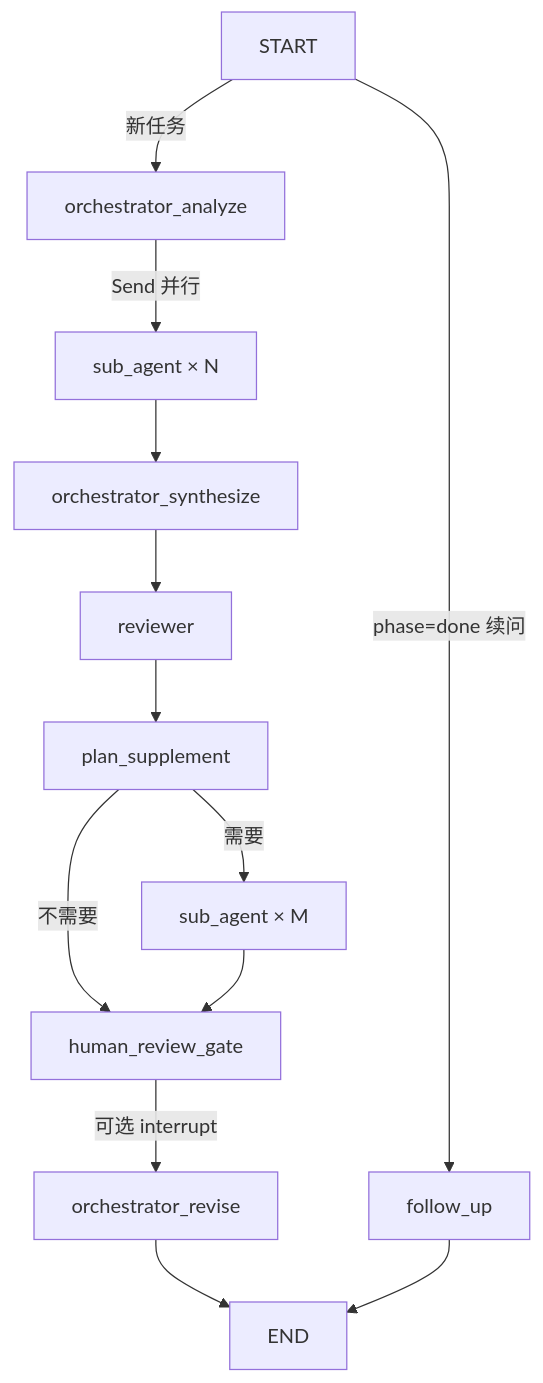
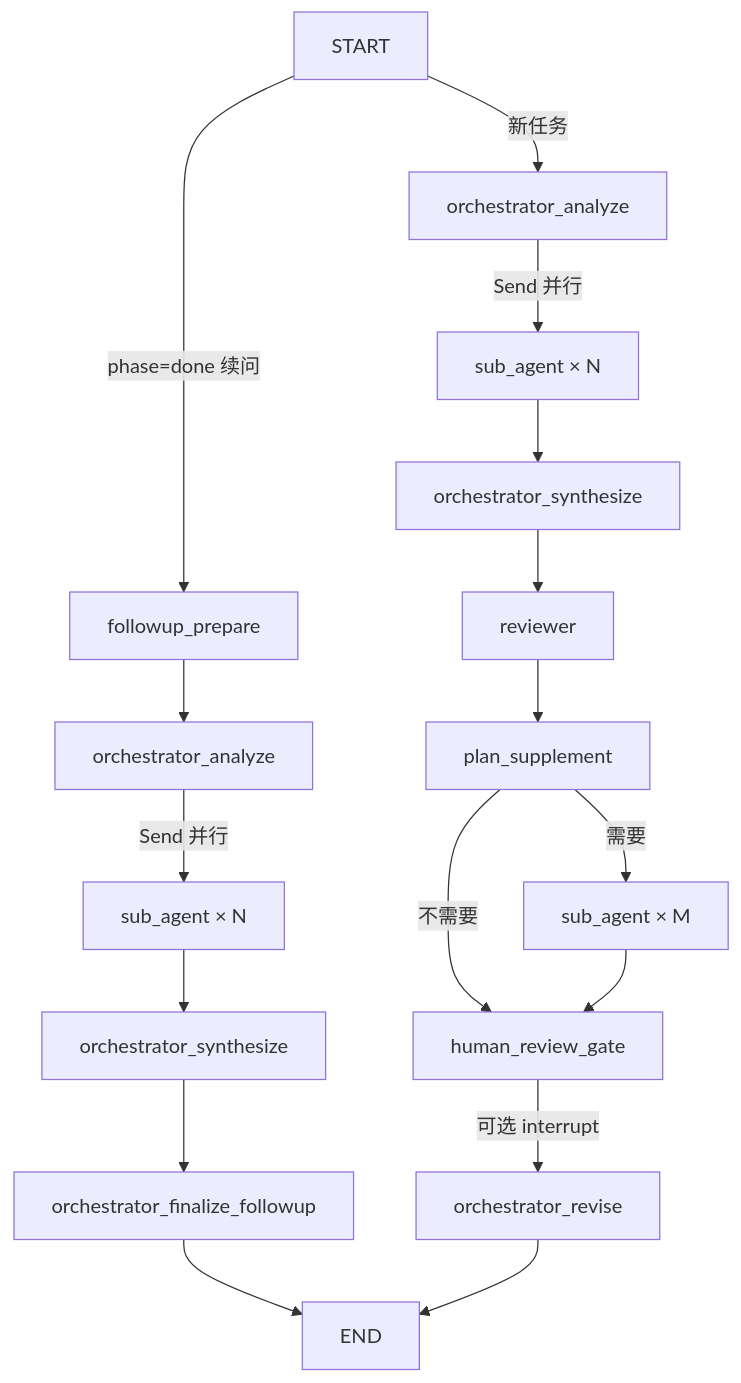
One commit to Laniccc/LangAgentStudy_A changed the diagram in docs/语音鉴伪研究工作流.md. Above: the diagram before and after it, drawn with Mermaid. The commit also changed other lines of this file and 18 other files, not shown here.

Commit message:
重构项目代码，更换v4-pro，更改图结构

````diff
--- a/docs/语音鉴伪研究工作流.md
+++ b/docs/语音鉴伪研究工作流.md
@@ -19,15 +19,19 @@
 ```mermaid
 flowchart TB
     START -->|新任务| A[orchestrator_analyze]
-    START -->|phase=done 续问| F[follow_up]
+    START -->|phase=done 续问| FP[followup_prepare]
+    FP --> A2[orchestrator_analyze]
+    A2 -->|Send 并行| SF[sub_agent × N]
+    SF --> BF[orchestrator_synthesize]
+    BF --> FF[orchestrator_finalize_followup]
+    FF --> END
     A -->|Send 并行| S[sub_agent × N]
     S --> B[orchestrator_synthesize]
     B --> C[reviewer]
     C --> D[plan_supplement]
     D -->|需要| S2[sub_agent × M]
     D -->|不需要| H[human_review_gate]
     S2 --> H
     H -->|可选 interrupt| E[orchestrator_revise]
     E --> END
-    F --> END
 ```
````
